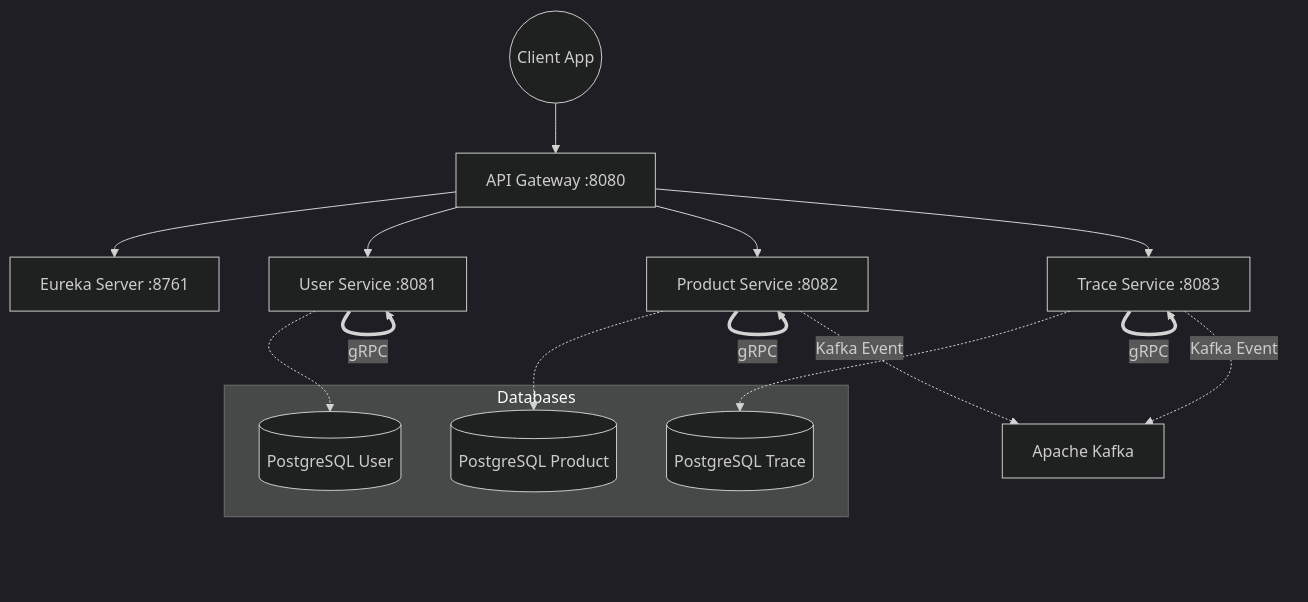
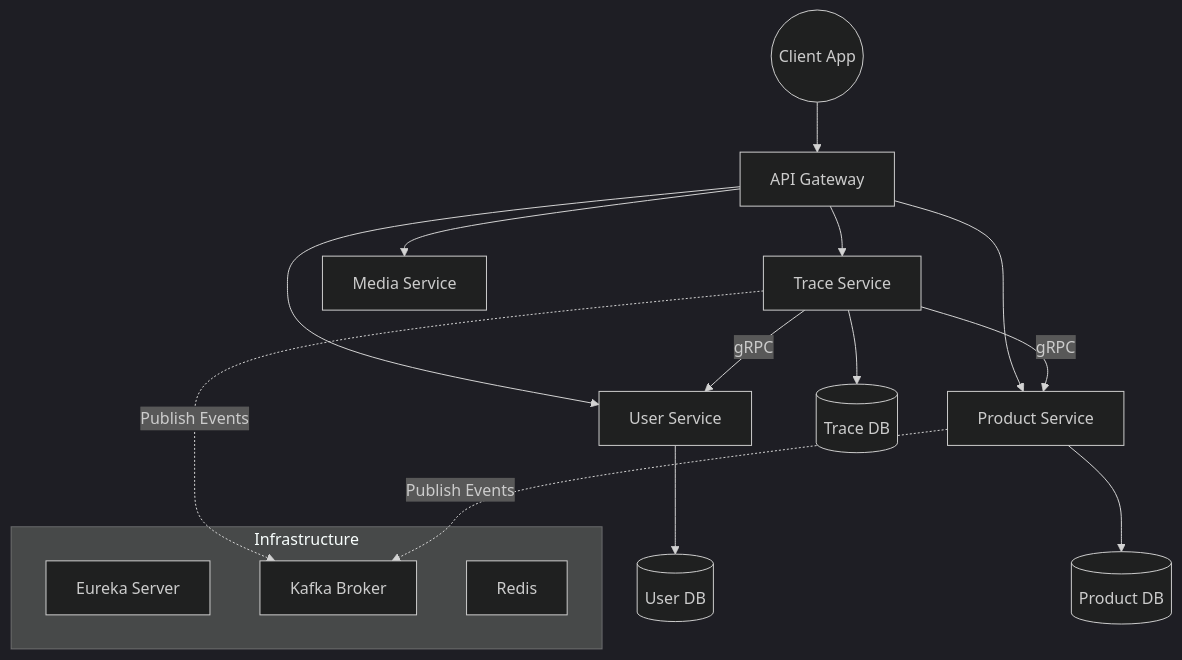
One commit to AcidTSB/AgriTraceChain changed the first of 2 diagrams in README.md. Above: the diagram before and after it, drawn with Mermaid (dark theme). The commit also changed other lines of this file, not shown here.

````diff
--- a/README.md
+++ b/README.md
@@ -196,25 +70,25 @@
 ```mermaid
 graph TD
-    Client((Client App)) --> Gateway[API Gateway :8080]
-    Gateway --> Eureka[Eureka Server :8761]
-    Gateway --> UserSvc[User Service :8081]
-    Gateway --> ProductSvc[Product Service :8082]
-    Gateway --> TraceSvc[Trace Service :8083]
-    
-    subgraph Databases
-    UserDB[(PostgreSQL User)]
-    ProdDB[(PostgreSQL Product)]
-    TraceDB[(PostgreSQL Trace)]
+    Client((Client App)) --> Gateway[API Gateway]
+
+    Gateway --> UserSvc[User Service]
+    Gateway --> ProductSvc[Product Service]
+    Gateway --> TraceSvc[Trace Service]
+    Gateway --> MediaSvc[Media Service]
+
+    subgraph Infrastructure
+        Eureka[Eureka Server]
+        Kafka[Kafka Broker]
+        Redis[Redis]
     end
-    
-    UserSvc -.-> UserDB
-    ProductSvc -.-> ProdDB
-    TraceSvc -.-> TraceDB
-    
-    UserSvc == gRPC ==> UserSvc
-    ProductSvc == gRPC ==> ProductSvc
-    TraceSvc == gRPC ==> TraceSvc
-    
-    TraceSvc -. Kafka Event .-> Kafka[Apache Kafka]
-    ProductSvc -. Kafka Event .-> Kafka
+
+    UserSvc --> UserDB[(User DB)]
+    ProductSvc --> ProductDB[(Product DB)]
+    TraceSvc --> TraceDB[(Trace DB)]
+
+    TraceSvc -->|gRPC| UserSvc
+    TraceSvc -->|gRPC| ProductSvc
+
+    TraceSvc -. Publish Events .-> Kafka
+    ProductSvc -. Publish Events .-> Kafka
 ```
````
